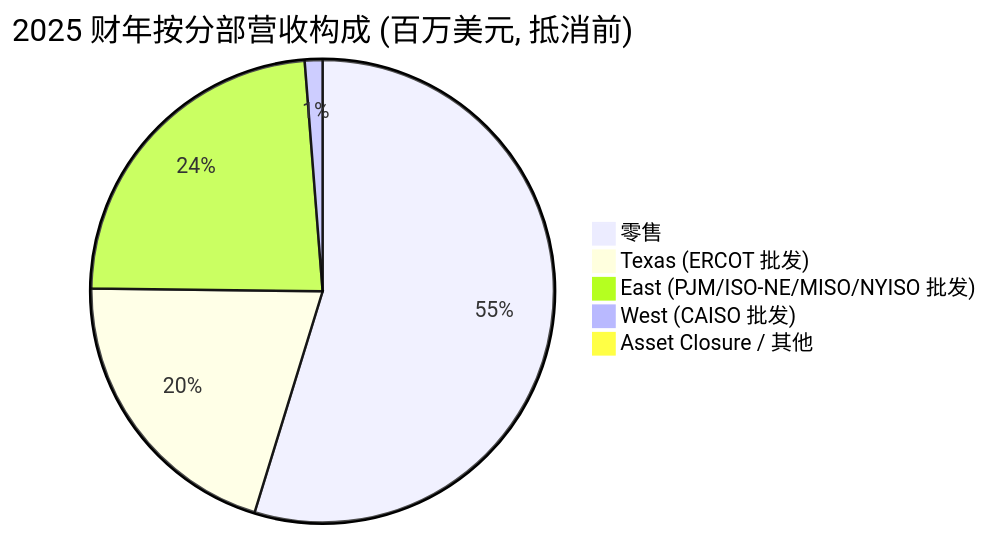
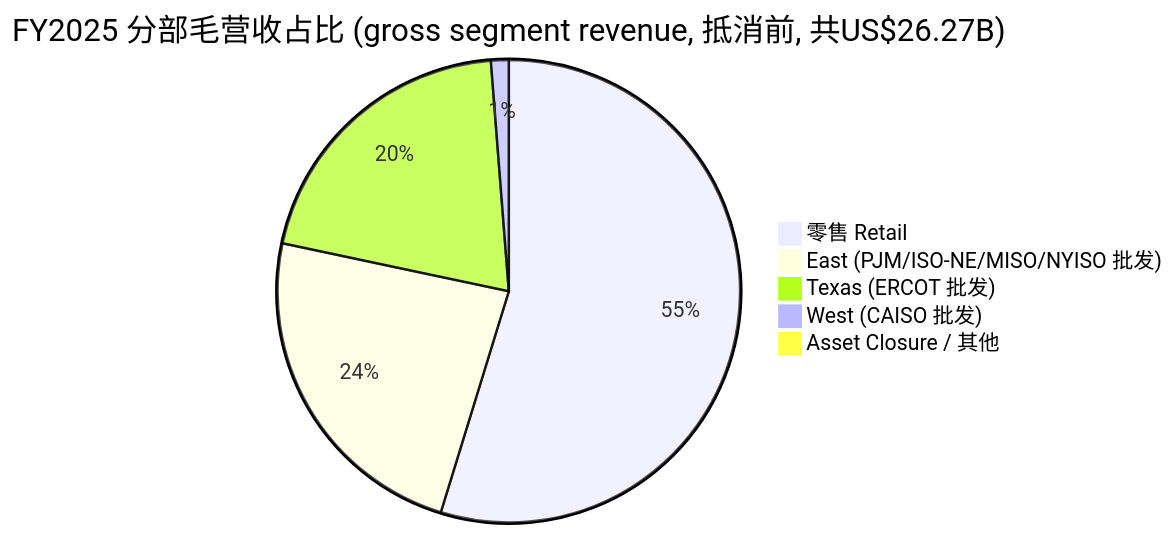
One commit to dadachundan/financial_agent changed the third of 4 diagrams in reports/company/Vistra_NYSE_VST/Vistra_NYSE_VST_公司研究.md. Above: the diagram before and after it, drawn with Mermaid. The commit also changed other lines of this file and 9 other files, not shown here.

Commit message:
feat(company-research): refresh Vistra (VST) to current spec — decision layer + 9 SVG charts

````diff
--- a/reports/company/Vistra_NYSE_VST/Vistra_NYSE_VST_公司研究.md
+++ b/reports/company/Vistra_NYSE_VST/Vistra_NYSE_VST_公司研究.md
@@ -292,8 +820,8 @@
 ```mermaid
-pie title 2025 财年按分部营收构成 (百万美元, 抵消前)
-    "零售" : 14340
+pie title FY2025 分部毛营收占比 (gross segment revenue, 抵消前, 共US$26.27B)
+    "零售 Retail" : 14340
+    "East (PJM/ISO-NE/MISO/NYISO 批发)" : 6174
     "Texas (ERCOT 批发)" : 5353
-    "East (PJM/ISO-NE/MISO/NYISO 批发)" : 6174
     "West (CAISO 批发)" : 325
     "Asset Closure / 其他" : 74
 ```
````
